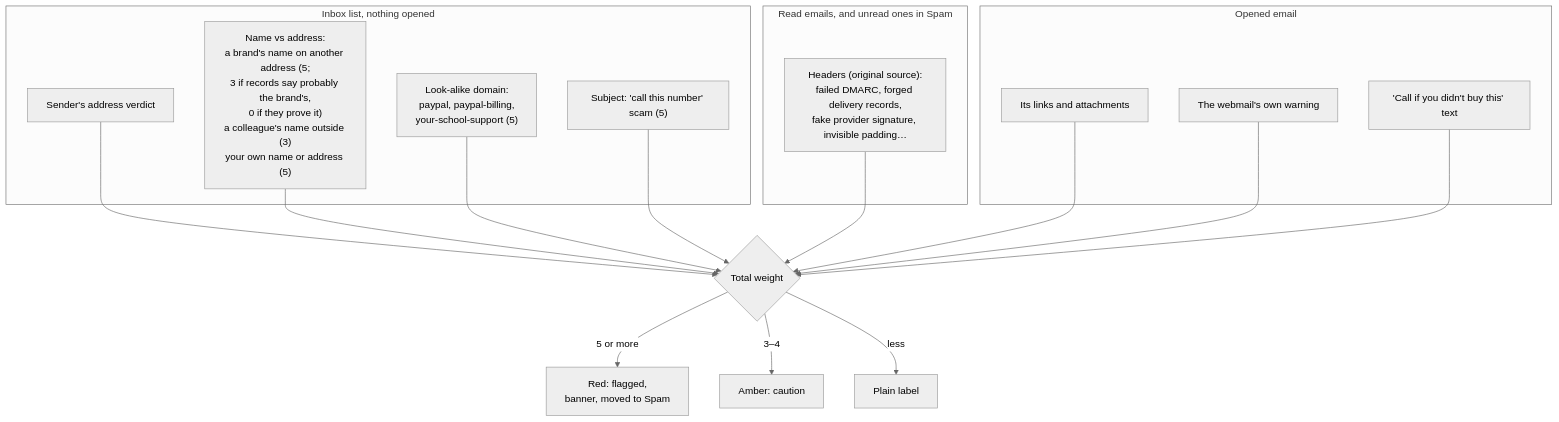
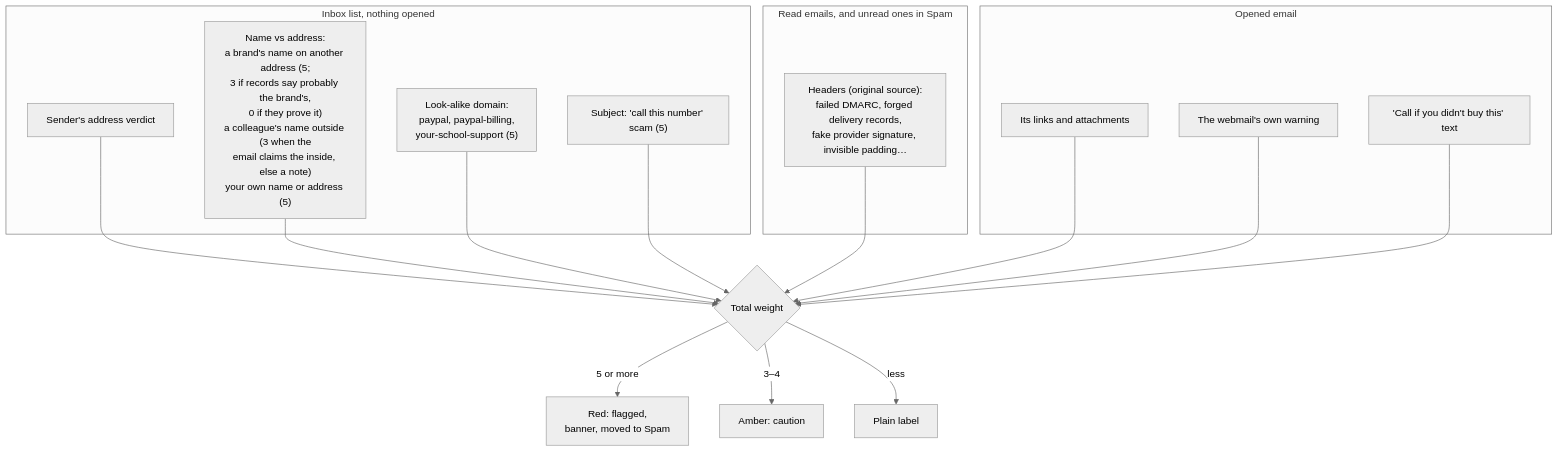
One commit to thecodewarrior2/SPRUCE-Browser-Extension changed the sixth of 9 diagrams in docs/ARCHITECTURE.md. Above: the diagram before and after it, drawn with Mermaid (neutral theme). The commit also changed other lines of this file and 9 other files, not shown here.

First line of the commit message:
5.94.20 (experiment, llm_testing): a colleague's name on an outside address counts only when the email claims to be from inside

````diff
--- a/docs/ARCHITECTURE.md
+++ b/docs/ARCHITECTURE.md
@@ -216,21 +224,21 @@
 ```mermaid
 flowchart TD
   subgraph Row["Inbox list, nothing opened"]
     A1["Sender's address verdict"]
-    A2["Name vs address:<br/>a brand's name on another address (5;<br/>3 if records say probably the brand's,<br/>0 if they prove it)<br/>a colleague's name outside (3)<br/>your own name or address (5)"]
+    A2["Name vs address:<br/>a brand's name on another address (5;<br/>3 if records say probably the brand's,<br/>0 if they prove it)<br/>a colleague's name outside (3 when the<br/>email claims the inside, else a note)<br/>your own name or address (5)"]
     A3["Look-alike domain:<br/>pаypal, paypal-billing,<br/>your-school-support (5)"]
     A4["Subject: 'call this number' scam (5)"]
   end
   subgraph Read["Read emails, and unread ones in Spam"]
     B1["Headers (original source):<br/>failed DMARC, forged delivery records,<br/>fake provider signature, invisible padding…"]
   end
   subgraph Open["Opened email"]
     C1["Its links and attachments"]
     C2["The webmail's own warning"]
     C3["'Call if you didn't buy this' text"]
   end
   A1 & A2 & A3 & A4 & B1 & C1 & C2 & C3 --> SUM{"Total weight"}
   SUM -- "5 or more" --> RED["Red: flagged,<br/>banner, moved to Spam"]
   SUM -- "3–4" --> AMB["Amber: caution"]
   SUM -- "less" --> PLAIN["Plain label"]
 ```
````
